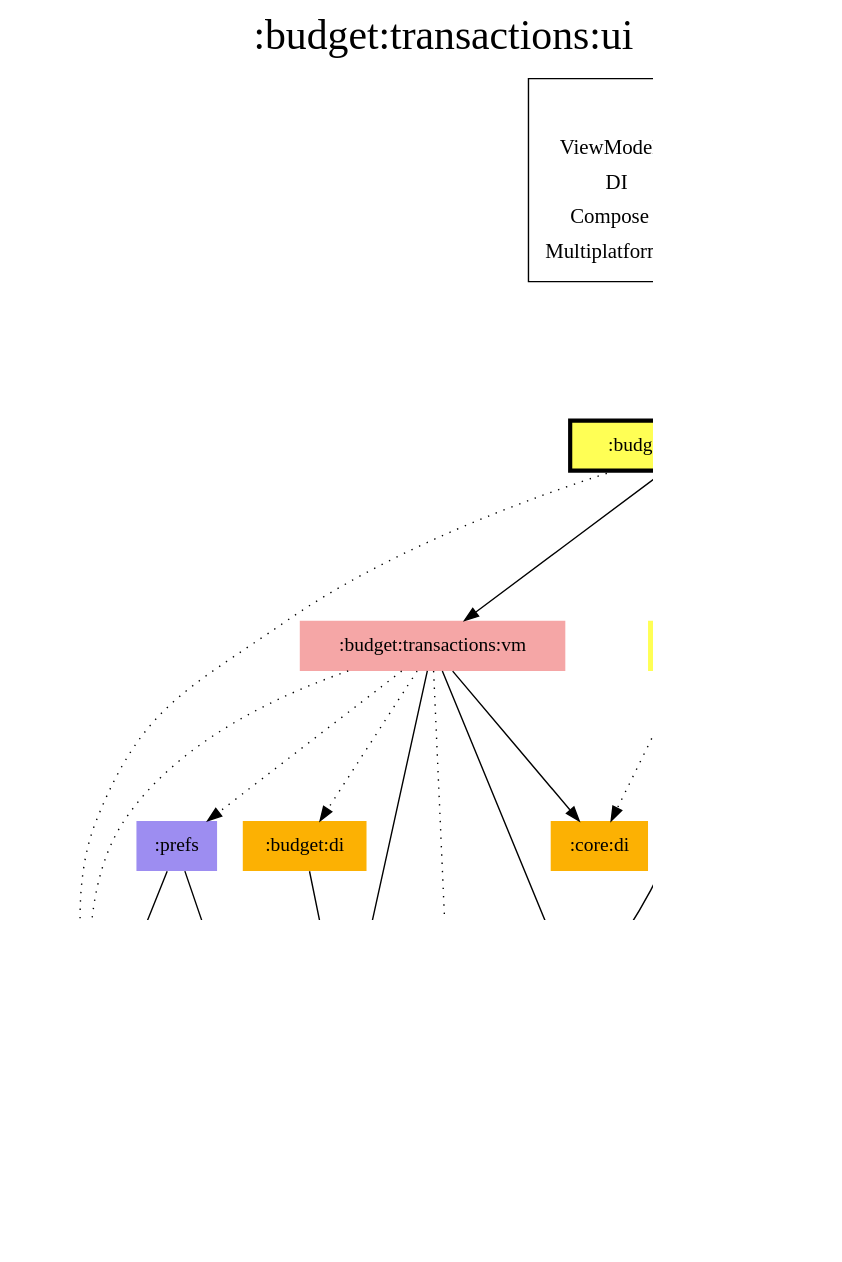
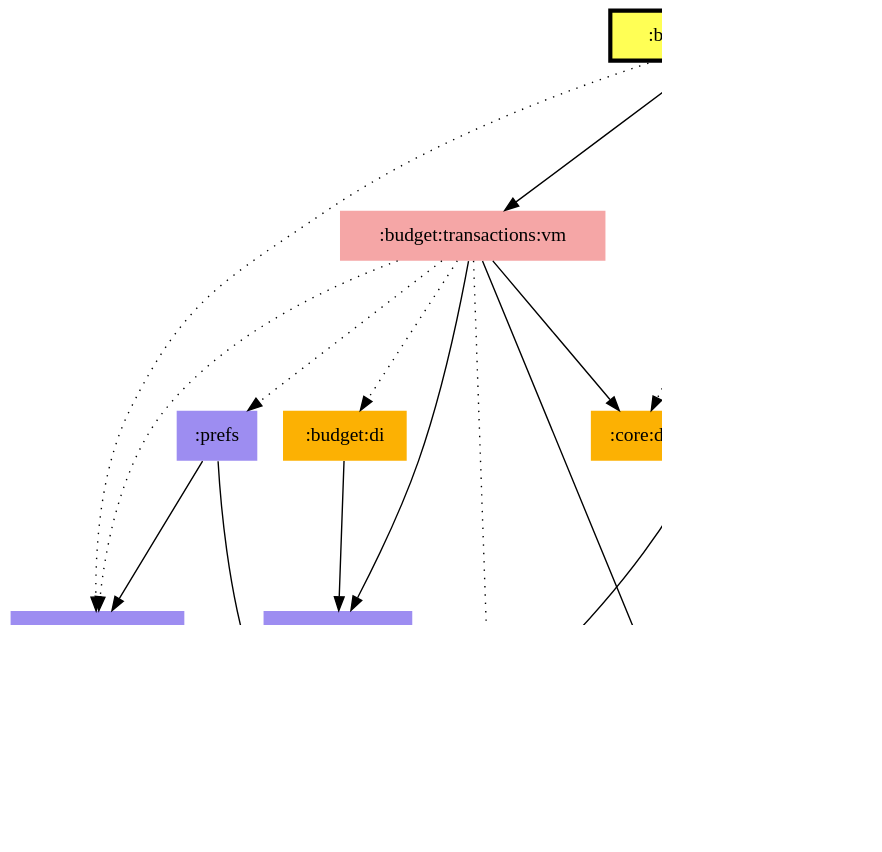
One commit to jonapoul/aktual changed the diagram in modules/budget/transactions/ui/modules.dot. Above: the diagram before and after it, drawn with Graphviz. The commit also changed 96 other files, not shown here.

First line of the commit message:
Rework diagram generation (#465)

```diff
--- a/modules/budget/transactions/ui/modules.dot
+++ b/modules/budget/transactions/ui/modules.dot
@@ -1,56 +1,39 @@
 digraph {
 edge ["dir"="forward"]
-graph ["dpi"="100","label"=":budget:transactions:ui","labelloc"="t","fontsize"="30","ranksep"="1.5","rankdir"="TB"]
+graph ["dpi"="100","fontsize"="30","ranksep"="1.5","rankdir"="TB"]
 node ["style"="filled"]
 ":account:model" ["fillcolor"="#9D8DF1","shape"="none"]
 ":budget:data" ["fillcolor"="#9D8DF1","shape"="none"]
 ":budget:di" ["fillcolor"="#FCB103","shape"="none"]
 ":budget:model" ["fillcolor"="#9D8DF1","shape"="none"]
 ":budget:transactions:ui" ["fillcolor"="#FFFF55","color"="black","penwidth"="3","shape"="box"]
 ":budget:transactions:vm" ["fillcolor"="#F5A6A6","shape"="none"]
 ":core:di" ["fillcolor"="#FCB103","shape"="none"]
 ":core:model" ["fillcolor"="#9D8DF1","shape"="none"]
 ":core:ui" ["fillcolor"="#FFFF55","shape"="none"]
 ":l10n" ["fillcolor"="#9D8DF1","shape"="none"]
 ":logging" ["fillcolor"="#9D8DF1","shape"="none"]
 ":prefs" ["fillcolor"="#9D8DF1","shape"="none"]
-{
-edge ["dir"="none"]
-graph ["rank"="same"]
-":budget:transactions:ui"
-}
 ":budget:data" -> ":budget:model"
 ":budget:data" -> ":core:model"
 ":budget:data" -> ":logging" ["style"="dotted"]
 ":budget:di" -> ":budget:data"
 ":budget:transactions:ui" -> ":account:model" ["style"="dotted"]
 ":budget:transactions:ui" -> ":budget:model"
 ":budget:transactions:ui" -> ":budget:transactions:vm"
 ":budget:transactions:ui" -> ":core:ui"
 ":budget:transactions:ui" -> ":l10n" ["style"="dotted"]
 ":budget:transactions:vm" -> ":account:model" ["style"="dotted"]
 ":budget:transactions:vm" -> ":budget:data"
 ":budget:transactions:vm" -> ":budget:di" ["style"="dotted"]
 ":budget:transactions:vm" -> ":budget:model"
 ":budget:transactions:vm" -> ":core:di"
 ":budget:transactions:vm" -> ":logging" ["style"="dotted"]
 ":budget:transactions:vm" -> ":prefs" ["style"="dotted"]
 ":core:ui" -> ":budget:model"
 ":core:ui" -> ":core:di" ["style"="dotted"]
 ":core:ui" -> ":core:model"
 ":core:ui" -> ":l10n" ["style"="dotted"]
 ":prefs" -> ":account:model"
 ":prefs" -> ":core:model"
-subgraph "cluster_legend" {
-edge ["dir"="none"]
-graph ["label"="Legend","fontsize"="20"]
-"Legend" ["style"="filled","fillcolor"="#FFFFFF","shape"="none","margin"="0","fontsize"="15","label"=<
-<TABLE BORDER="0" CELLBORDER="0" CELLSPACING="0" CELLPADDING="4">
-<TR><TD>ViewModel</TD><TD BGCOLOR="#F5A6A6">module-name</TD></TR>
-<TR><TD>DI</TD><TD BGCOLOR="#FCB103">module-name</TD></TR>
-<TR><TD>Compose</TD><TD BGCOLOR="#FFFF55">module-name</TD></TR>
-<TR><TD>Multiplatform</TD><TD BGCOLOR="#9D8DF1">module-name</TD></TR>
-</TABLE>
->]
-} -> ":budget:transactions:ui" ["style"="invis"]
 }
```
